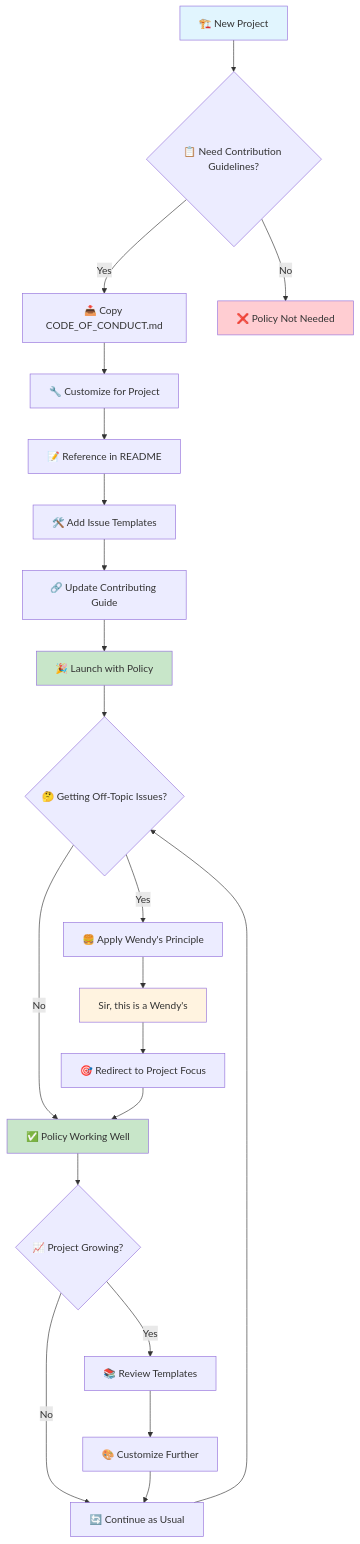
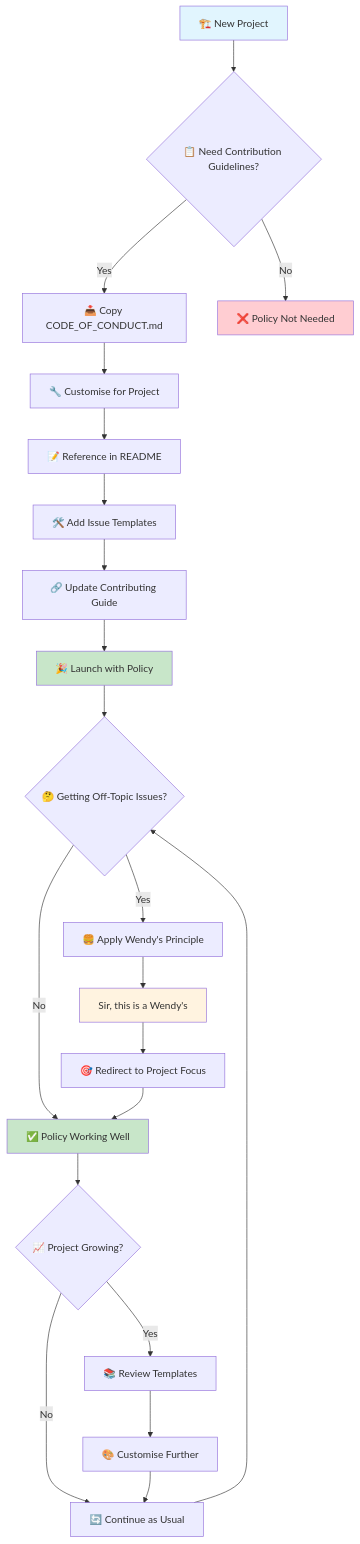
One commit to OpenPhysical/BoundedContributionPolicy changed the diagram in docs/ADOPTION_FLOW.md. Above: the diagram before and after it, drawn with Mermaid. The commit also changed other lines of this file and 13 other files, not shown here.

````diff
--- a/docs/ADOPTION_FLOW.md
+++ b/docs/ADOPTION_FLOW.md
@@ -5,35 +5,35 @@
 ```mermaid
 flowchart TD
     A[🏗️ New Project] --> B{📋 Need Contribution Guidelines?}
     B -->|Yes| C[📥 Copy CODE_OF_CONDUCT.md]
     B -->|No| Z[❌ Policy Not Needed]
 
-    C --> D[🔧 Customize for Project]
+    C --> D[🔧 Customise for Project]
     D --> E[📝 Reference in README]
     E --> F[🛠️ Add Issue Templates]
     F --> G[🔗 Update Contributing Guide]
 
     G --> H[🎉 Launch with Policy]
     H --> I{🤔 Getting Off-Topic Issues?}
 
     I -->|Yes| J[🍔 Apply Wendy's Principle]
     I -->|No| K[✅ Policy Working Well]
 
     J --> L["Sir, this is a Wendy's"]
     L --> M[🎯 Redirect to Project Focus]
     M --> K
 
     K --> N{📈 Project Growing?}
     N -->|Yes| O[📚 Review Templates]
     N -->|No| P[🔄 Continue as Usual]
 
-    O --> Q[🎨 Customize Further]
+    O --> Q[🎨 Customise Further]
     Q --> P
     P --> I
 
     style A fill:#e1f5fe
     style H fill:#c8e6c9
     style K fill:#c8e6c9
     style L fill:#fff3e0
     style Z fill:#ffcdd2
 ```
````
